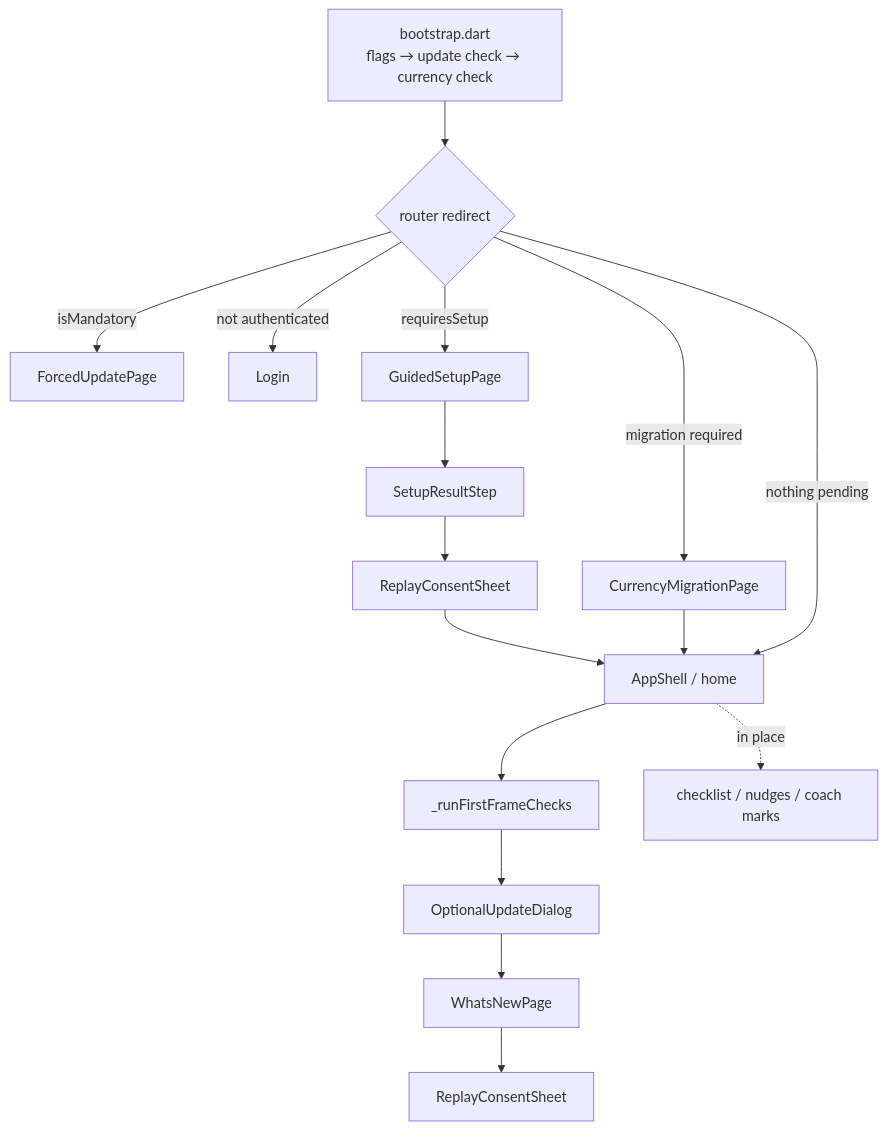
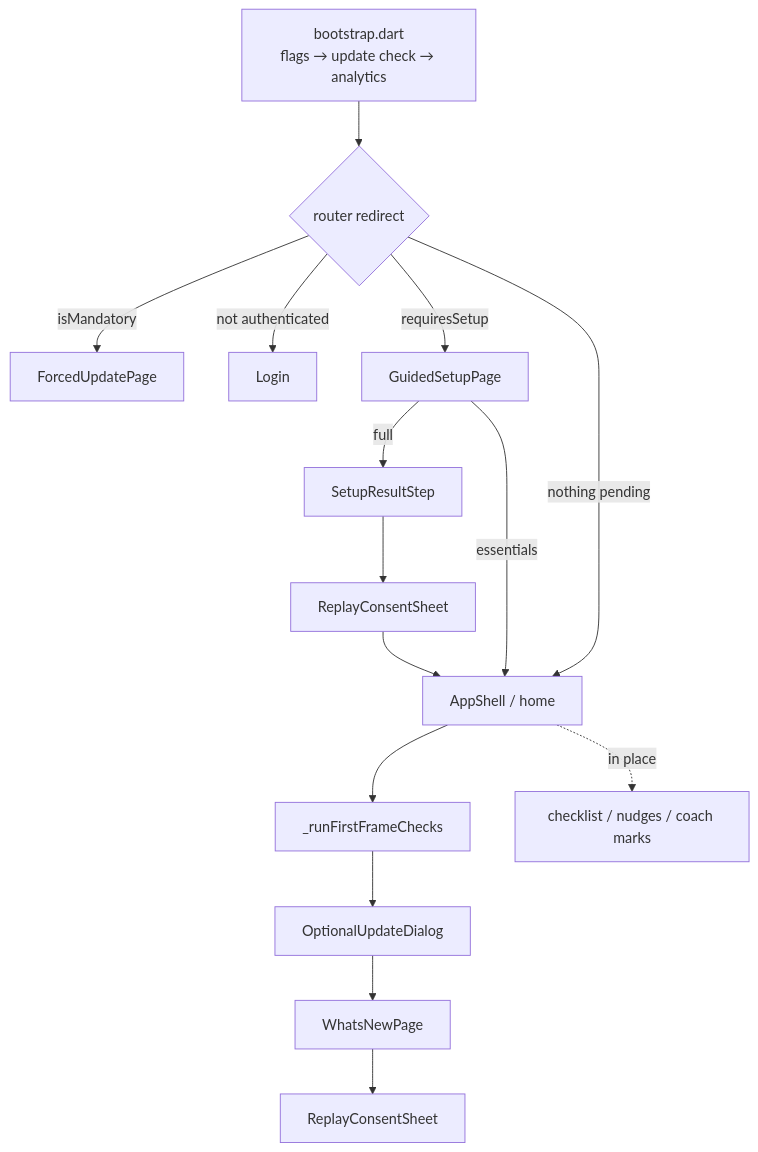
One commit to lucas-242/kazi changed the diagram in packages/kazi/lib/core/INTERRUPTIONS.md. Above: the diagram before and after it, drawn with Mermaid. The commit also changed other lines of this file and 73 other files, not shown here.

````diff
--- a/packages/kazi/lib/core/INTERRUPTIONS.md
+++ b/packages/kazi/lib/core/INTERRUPTIONS.md
@@ -37,13 +35,13 @@
 ```mermaid
 flowchart TD
-    BOOT[bootstrap.dart<br/>flags → update check → currency check] --> SPLASH{router redirect}
+    BOOT[bootstrap.dart<br/>flags → update check → analytics] --> SPLASH{router redirect}
     SPLASH -->|isMandatory| FORCED[ForcedUpdatePage]
     SPLASH -->|not authenticated| LOGIN[Login]
     SPLASH -->|requiresSetup| SETUP[GuidedSetupPage]
-    SETUP --> RESULT[SetupResultStep] --> SHEET1[ReplayConsentSheet] --> HOME
-    SPLASH -->|migration required| MIG[CurrencyMigrationPage] --> HOME
+    SETUP -->|full| RESULT[SetupResultStep] --> SHEET1[ReplayConsentSheet] --> HOME
+    SETUP -->|essentials| HOME
     SPLASH -->|nothing pending| HOME[AppShell / home]
     HOME --> CHAIN[_runFirstFrameChecks]
     CHAIN --> D1[OptionalUpdateDialog] --> D2[WhatsNewPage] --> D3[ReplayConsentSheet]
     HOME -.in place.-> CARDS[checklist / nudges / coach marks]
 ```
````
